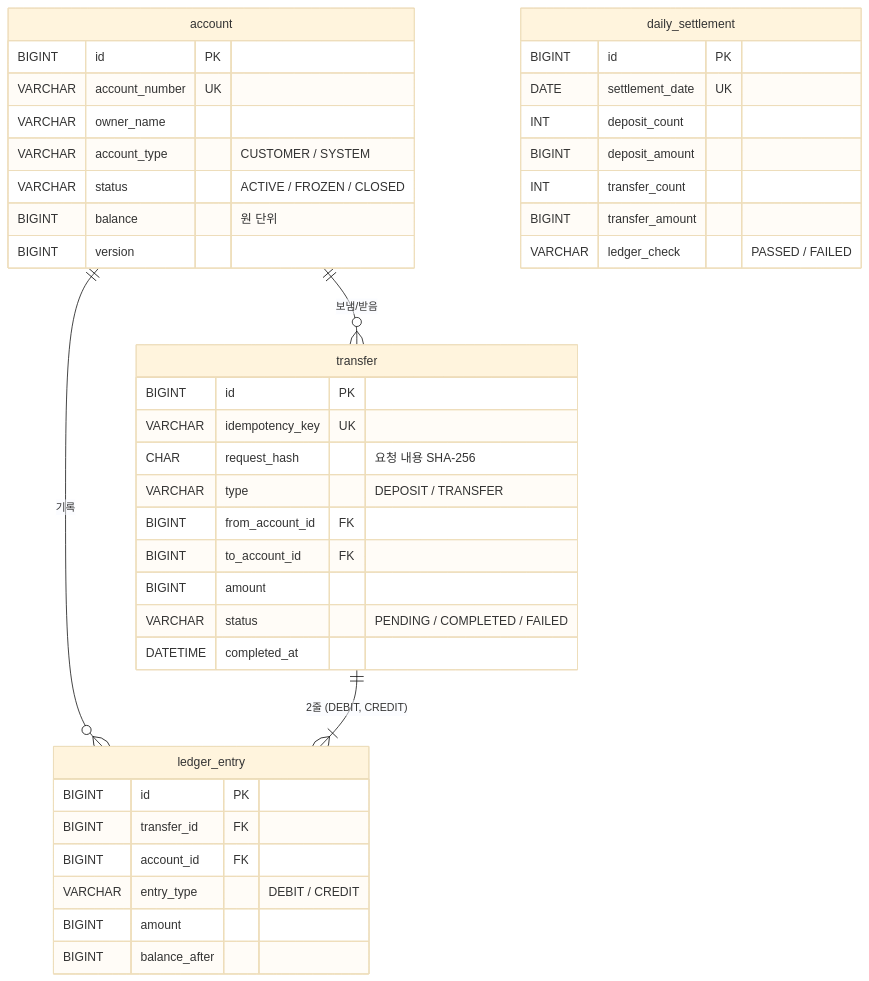
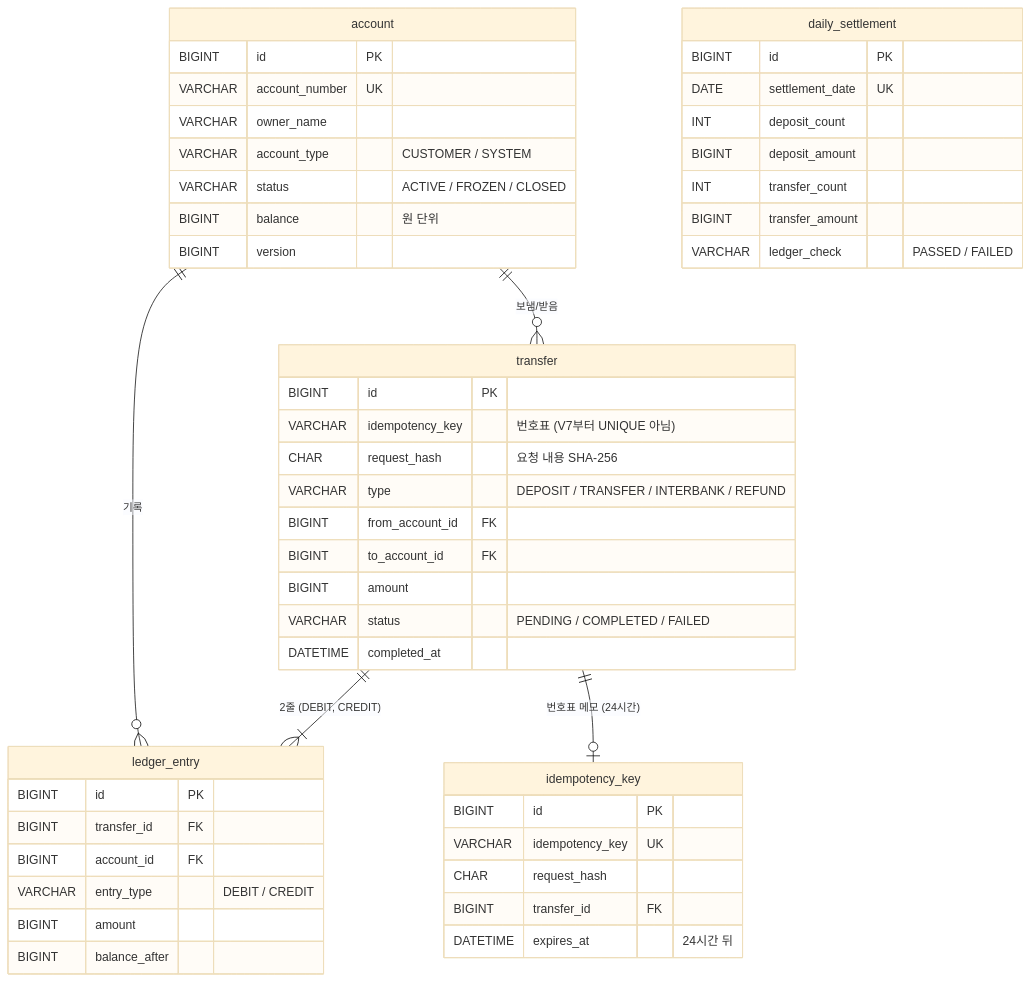
One commit to oh3happy52-cmd/bank_core changed the first of 2 diagrams in README.md. Above: the diagram before and after it, drawn with Mermaid (base theme). The commit also changed other lines of this file, not shown here.

````diff
--- a/README.md
+++ b/README.md
@@ -37,44 +47,52 @@
 ```mermaid
 erDiagram
     account ||--o{ transfer : "보냄/받음"
     account ||--o{ ledger_entry : "기록"
     transfer ||--|{ ledger_entry : "2줄 (DEBIT, CREDIT)"
 
     account {
         BIGINT id PK
         VARCHAR account_number UK
         VARCHAR owner_name
         VARCHAR account_type "CUSTOMER / SYSTEM"
         VARCHAR status "ACTIVE / FROZEN / CLOSED"
         BIGINT balance "원 단위"
         BIGINT version
     }
     transfer {
         BIGINT id PK
-        VARCHAR idempotency_key UK
+        VARCHAR idempotency_key "번호표 (V7부터 UNIQUE 아님)"
         CHAR request_hash "요청 내용 SHA-256"
-        VARCHAR type "DEPOSIT / TRANSFER"
+        VARCHAR type "DEPOSIT / TRANSFER / INTERBANK / REFUND"
         BIGINT from_account_id FK
         BIGINT to_account_id FK
         BIGINT amount
         VARCHAR status "PENDING / COMPLETED / FAILED"
         DATETIME completed_at
     }
     ledger_entry {
         BIGINT id PK
         BIGINT transfer_id FK
         BIGINT account_id FK
         VARCHAR entry_type "DEBIT / CREDIT"
         BIGINT amount
         BIGINT balance_after
     }
+    idempotency_key {
+        BIGINT id PK
+        VARCHAR idempotency_key UK
+        CHAR request_hash
+        BIGINT transfer_id FK
+        DATETIME expires_at "24시간 뒤"
+    }
+    transfer ||--o| idempotency_key : "번호표 메모 (24시간)"
     daily_settlement {
         BIGINT id PK
         DATE settlement_date UK
         INT deposit_count
         BIGINT deposit_amount
         INT transfer_count
         BIGINT transfer_amount
         VARCHAR ledger_check "PASSED / FAILED"
     }
 ```
````
